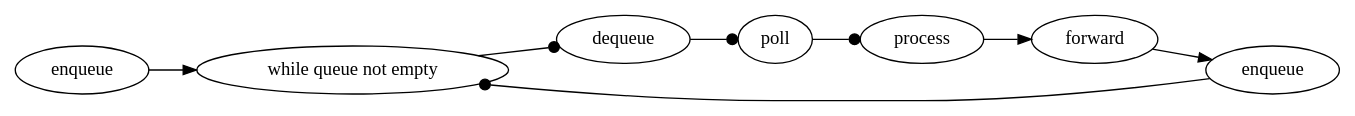
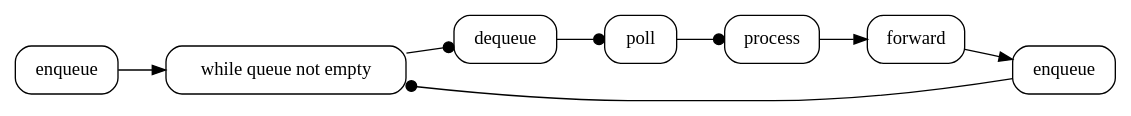
Diagram 21 of 28 in slides/src/main/asciidoc/lecture.adoc (inponomarev/kstreams-testing-pitfalls), drawn with Graphviz before and after one commit. The commit also changed other lines of this file and 1 other file, not shown here.

Commit message:
diagram tweaks

```diff
--- a/slides/src/main/asciidoc/lecture.adoc
+++ b/slides/src/main/asciidoc/lecture.adoc
@@ -934,20 +937,21 @@
-[graphviz,"ttdLoop.png"]
+[graphviz,"ttdloop.png"]
 ----
 digraph G {
 rankdir="LR";
+node[shape="box"; style="rounded"];
 start [label="enqueue"];
 runLoop [label="while queue not empty", ];
 dequeue [];
 poll [];
 process [];
 forward [];
 
 start -> runLoop;
 runLoop -> dequeue [arrowhead="dot"];
 dequeue -> poll [arrowhead="dot"];
 poll -> process [arrowhead="dot"];
 process -> forward;
 forward -> enqueue;
 enqueue -> runLoop [arrowhead="dot"];
 }
 ----
```
